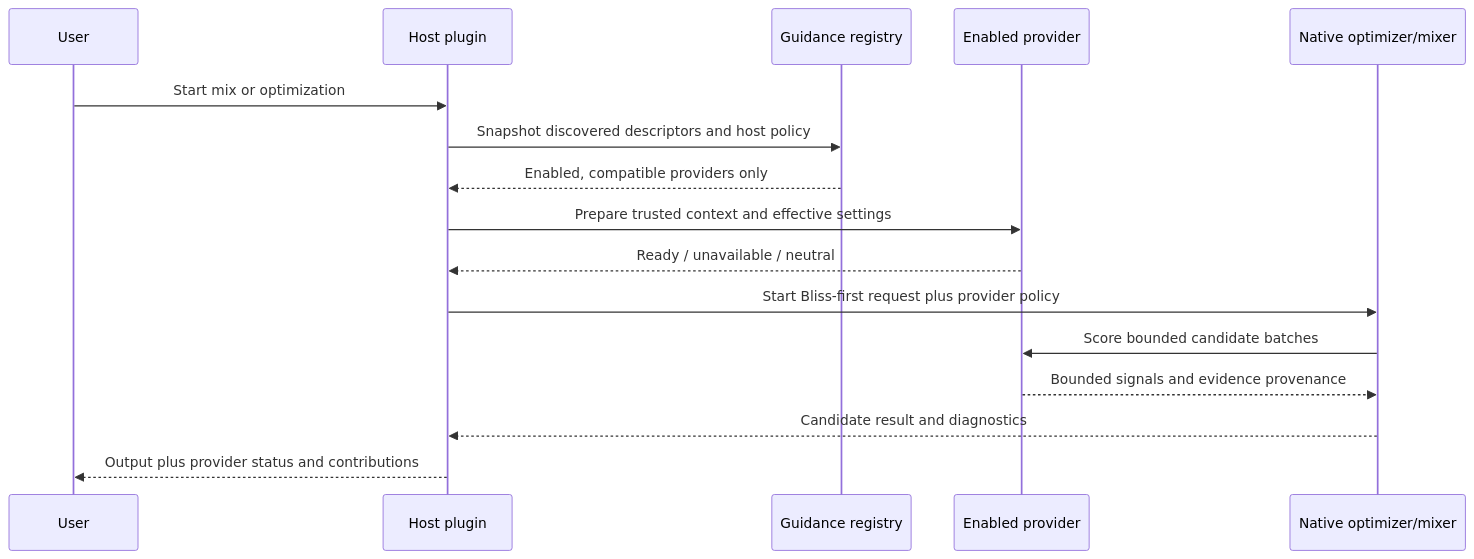
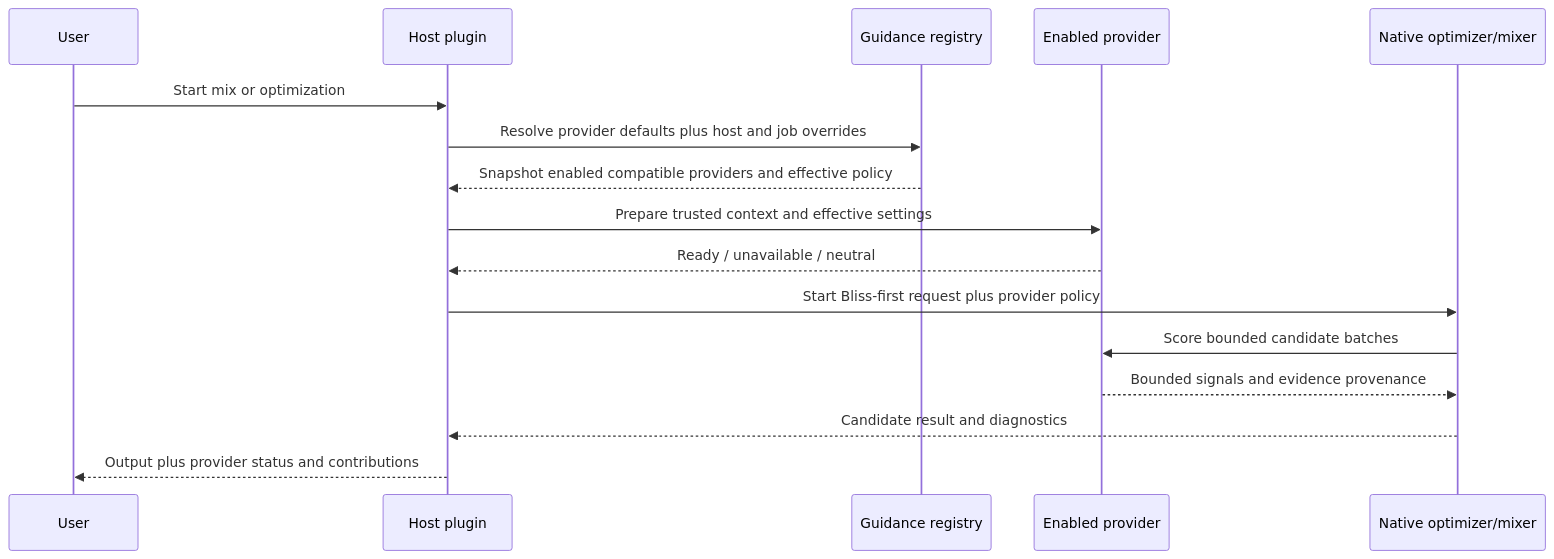
Before and after one commit to chrober/bliss-similarity-design: the third of 3 diagrams in docs/superpowers/specs/2026-09-26-lyrion-guidance-provider-discovery-design.md, drawn with Mermaid. The commit also changed other lines of this file, not shown here.

Commit message:
Refine Lyrion guidance provider design

````diff
--- a/docs/superpowers/specs/2026-09-26-lyrion-guidance-provider-discovery-design.md
+++ b/docs/superpowers/specs/2026-09-26-lyrion-guidance-provider-discovery-design.md
@@ -226,19 +328,19 @@
 ```mermaid
 sequenceDiagram
   participant U as User
   participant H as Host plugin
   participant R as Guidance registry
   participant P as Enabled provider
   participant N as Native optimizer/mixer
 
   U->>H: Start mix or optimization
-  H->>R: Snapshot discovered descriptors and host policy
-  R-->>H: Enabled, compatible providers only
+  H->>R: Resolve provider defaults plus host and job overrides
+  R-->>H: Snapshot enabled compatible providers and effective policy
   H->>P: Prepare trusted context and effective settings
   P-->>H: Ready / unavailable / neutral
   H->>N: Start Bliss-first request plus provider policy
   N->>P: Score bounded candidate batches
   P-->>N: Bounded signals and evidence provenance
   N-->>H: Candidate result and diagnostics
   H-->>U: Output plus provider status and contributions
 ```
````
